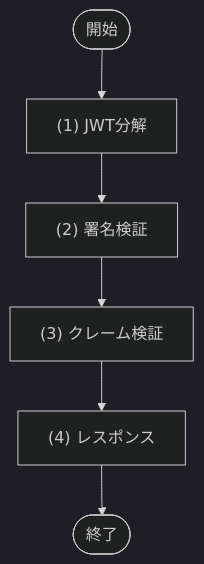
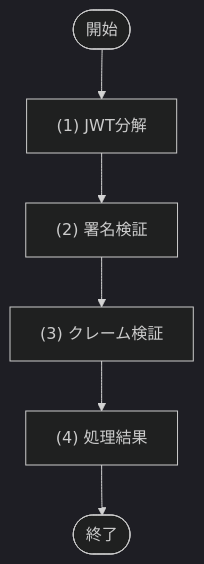
Before and after one commit to sikakou54/system-document-template: the second of 3 diagrams in docs/02_機能設計/10_外部ライブラリ設計/LIB-001_認証暗号処理.md, drawn with Mermaid (dark theme). The commit also changed other lines of this file and 10 other files, not shown here.

````diff
--- a/docs/02_機能設計/10_外部ライブラリ設計/LIB-001_認証暗号処理.md
+++ b/docs/02_機能設計/10_外部ライブラリ設計/LIB-001_認証暗号処理.md
@@ -134,11 +134,11 @@
 ```mermaid
 flowchart TD
   Start([開始])
   P1["(1) JWT分解"]
   P2["(2) 署名検証"]
   P3["(3) クレーム検証"]
-  P4["(4) レスポンス"]
+  P4["(4) 処理結果"]
   End([終了])
 
   Start --> P1 --> P2 --> P3 --> P4 --> End
 ```
````
